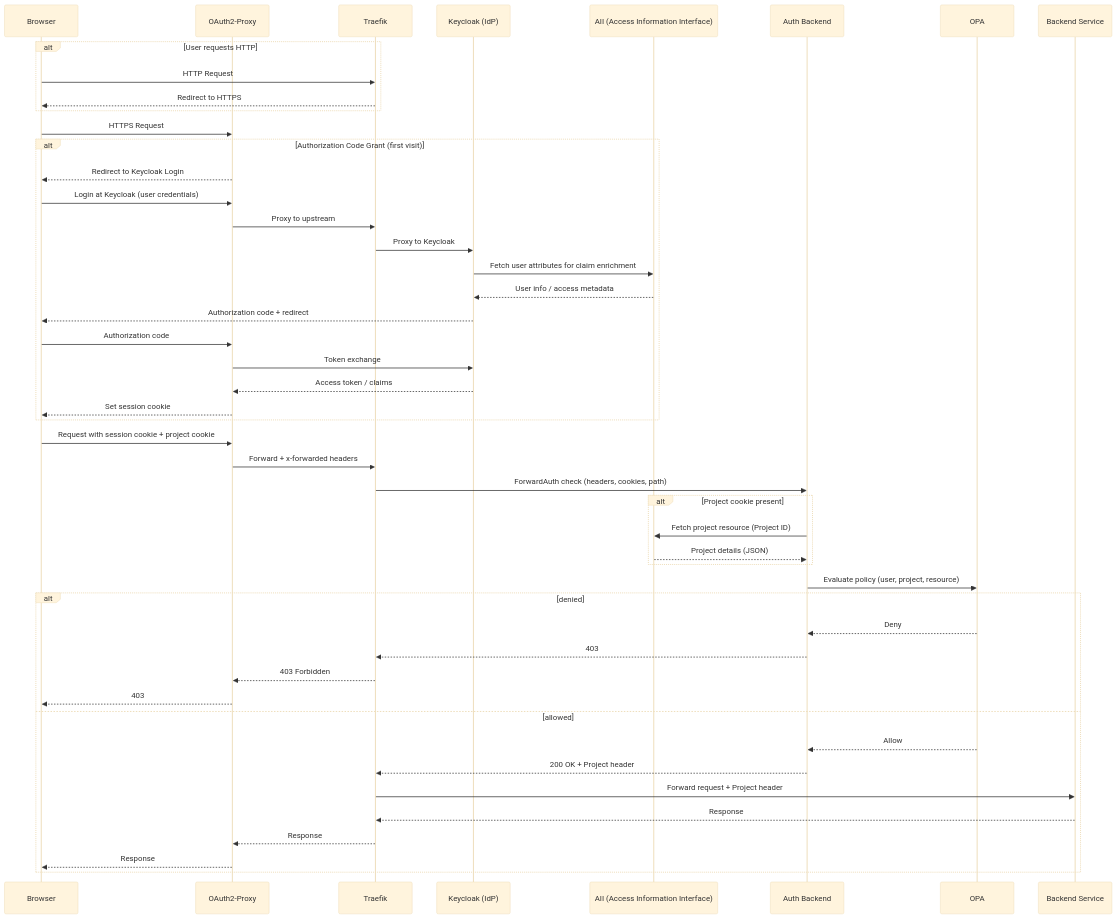
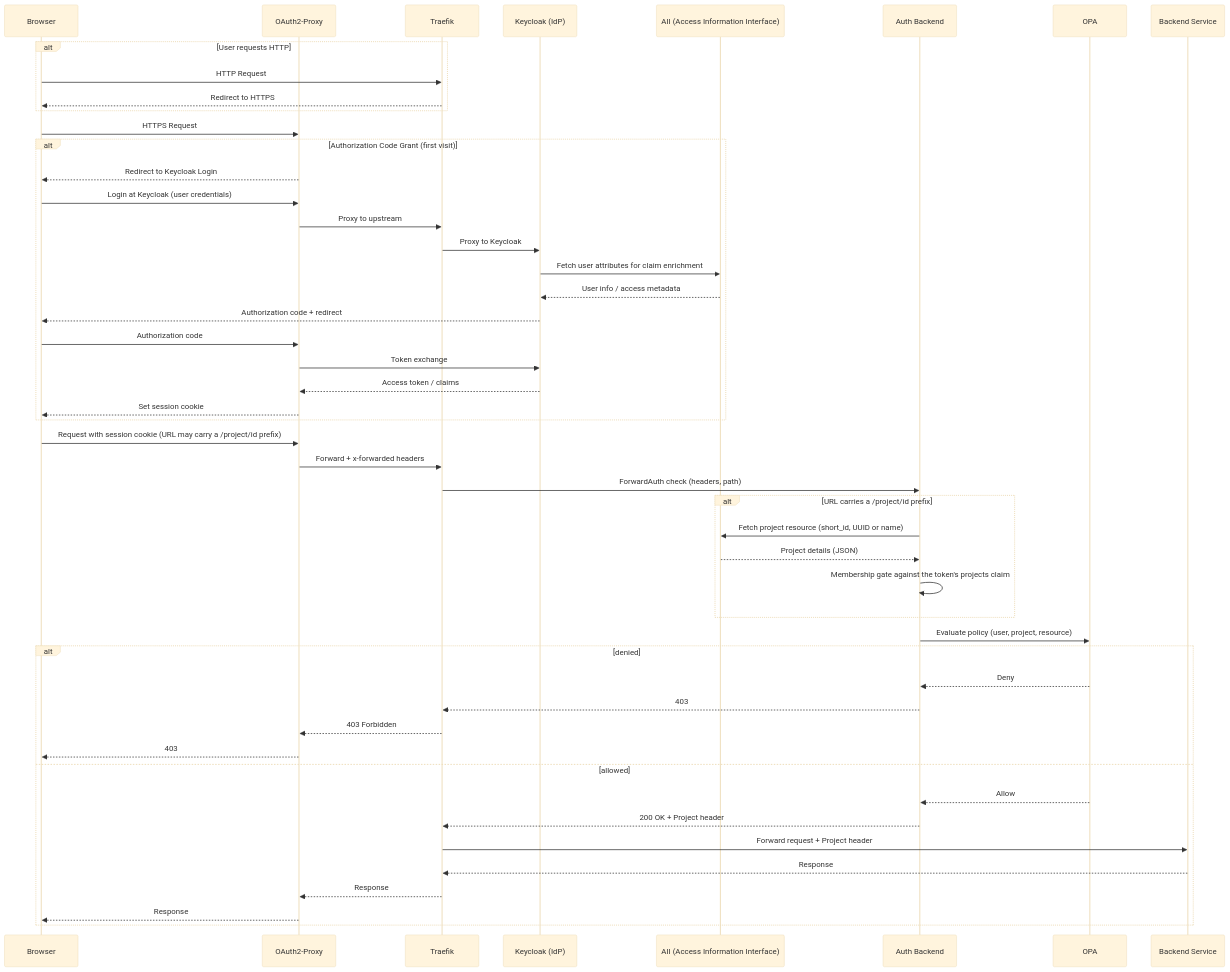
Before and after one commit to kaapana/kaapana: the diagram in docs/source/concepts/access_frontend/authorization_flow.rst, drawn with Mermaid (base theme). The commit also changed other lines of this file and 6 other files, not shown here.

```diff
--- a/docs/source/concepts/access_frontend/authorization_flow.rst
+++ b/docs/source/concepts/access_frontend/authorization_flow.rst
@@ -27,57 +27,58 @@
 .. mermaid::
 
     sequenceDiagram
         participant B as Browser
         participant O as OAuth2-Proxy
         participant T as Traefik
         participant K as Keycloak (IdP)
         participant A as AII (Access Information Interface)
         participant F as Auth Backend
         participant P as OPA
         participant S as Backend Service
 
         alt User requests HTTP
             B->>T: HTTP Request
             T-->>B: Redirect to HTTPS
         end
 
         B->>O: HTTPS Request
 
         alt Authorization Code Grant (first visit)
             O-->>B: Redirect to Keycloak Login
             B->>O: Login at Keycloak (user credentials)
             O->>T: Proxy to upstream
             T->>K: Proxy to Keycloak
             K->>A: Fetch user attributes for claim enrichment
             A-->>K: User info / access metadata
             K-->>B: Authorization code + redirect
             B->>O: Authorization code
             O->>K: Token exchange
             K-->>O: Access token / claims
             O-->>B: Set session cookie
         end
 
-        B->>O: Request with session cookie + project cookie
+        B->>O: Request with session cookie (URL may carry a /project/id prefix)
         O->>T: Forward + x-forwarded headers
-        T->>F: ForwardAuth check (headers, cookies, path)
+        T->>F: ForwardAuth check (headers, path)
 
-        alt Project cookie present
-            F->>A: Fetch project resource (Project ID)
+        alt URL carries a /project/id prefix
+            F->>A: Fetch project resource (short_id, UUID or name)
             A-->>F: Project details (JSON)
+            F->>F: Membership gate against the token's projects claim
         end
 
         F->>P: Evaluate policy (user, project, resource)
 
         alt denied
             P-->>F: Deny
             F-->>T: 403
             T-->>O: 403 Forbidden
             O-->>B: 403
         else allowed
             P-->>F: Allow
             F-->>T: 200 OK + Project header
             T->>S: Forward request + Project header
             S-->>T: Response
             T-->>O: Response
             O-->>B: Response
         end
```
